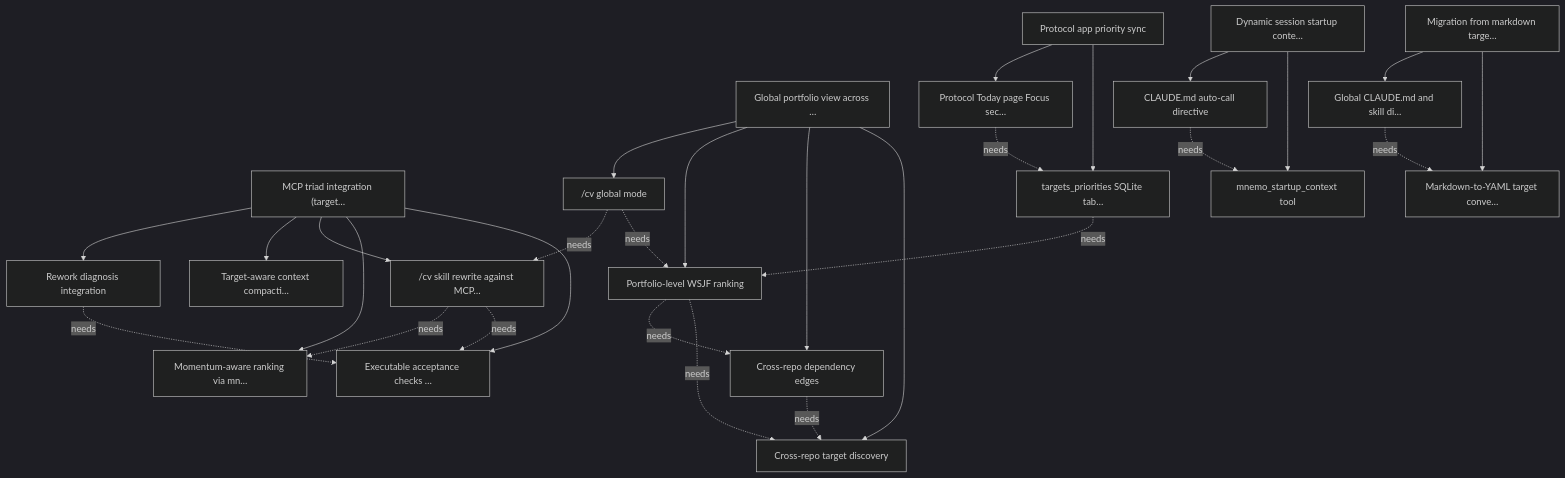
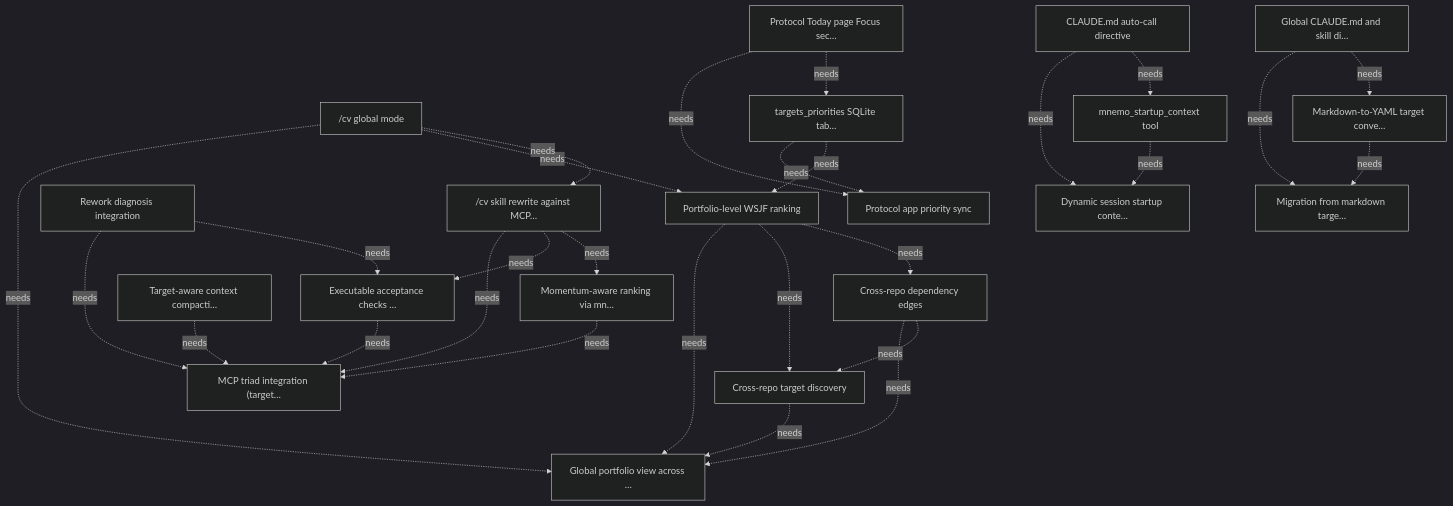
One commit to marcelocantos/bullseye changed the diagram in docs/targets.md. Above: the diagram before and after it, drawn with Mermaid (dark theme). The commit also changed other lines of this file and 2 other files, not shown here.

````diff
--- a/docs/targets.md
+++ b/docs/targets.md
@@ -367,50 +358,50 @@
 ```mermaid
 graph TD
     T1["MCP triad integration (target…"]
     T1_1["Executable acceptance checks …"]
     T1_2["Momentum-aware ranking via mn…"]
     T1_3["/cv skill rewrite against MCP…"]
     T1_4["Target-aware context compacti…"]
     T1_5["Rework diagnosis integration"]
     T2["Global portfolio view across …"]
     T2_1["Cross-repo target discovery"]
     T2_2["Cross-repo dependency edges"]
     T2_3["Portfolio-level WSJF ranking"]
     T2_4["/cv global mode"]
     T3["Protocol app priority sync"]
     T3_1["targets_priorities SQLite tab…"]
     T3_2["Protocol Today page Focus sec…"]
     T4["Dynamic session startup conte…"]
     T4_1["mnemo_startup_context tool"]
     T4_2["CLAUDE.md auto-call directive"]
     T5["Migration from markdown targe…"]
     T5_1["Markdown-to-YAML target conve…"]
     T5_2["Global CLAUDE.md and skill di…"]
-    T1 --> T1_1
-    T1 --> T1_2
-    T1 --> T1_3
-    T1 --> T1_4
-    T1 --> T1_5
-    T2 --> T2_1
-    T2 --> T2_2
-    T2 --> T2_3
-    T2 --> T2_4
-    T3 --> T3_1
-    T3 --> T3_2
-    T4 --> T4_1
-    T4 --> T4_2
-    T5 --> T5_1
-    T5 --> T5_2
+    T1_1 -.->|needs| T1
+    T1_2 -.->|needs| T1
+    T1_3 -.->|needs| T1
     T1_3 -.->|needs| T1_1
     T1_3 -.->|needs| T1_2
+    T1_4 -.->|needs| T1
+    T1_5 -.->|needs| T1
     T1_5 -.->|needs| T1_1
+    T2_1 -.->|needs| T2
+    T2_2 -.->|needs| T2
     T2_2 -.->|needs| T2_1
+    T2_3 -.->|needs| T2
     T2_3 -.->|needs| T2_1
     T2_3 -.->|needs| T2_2
+    T2_4 -.->|needs| T2
     T2_4 -.->|needs| T2_3
     T2_4 -.->|needs| T1_3
+    T3_1 -.->|needs| T3
     T3_1 -.->|needs| T2_3
+    T3_2 -.->|needs| T3
     T3_2 -.->|needs| T3_1
+    T4_1 -.->|needs| T4
+    T4_2 -.->|needs| T4
     T4_2 -.->|needs| T4_1
+    T5_1 -.->|needs| T5
+    T5_2 -.->|needs| T5
     T5_2 -.->|needs| T5_1
 ```
````
